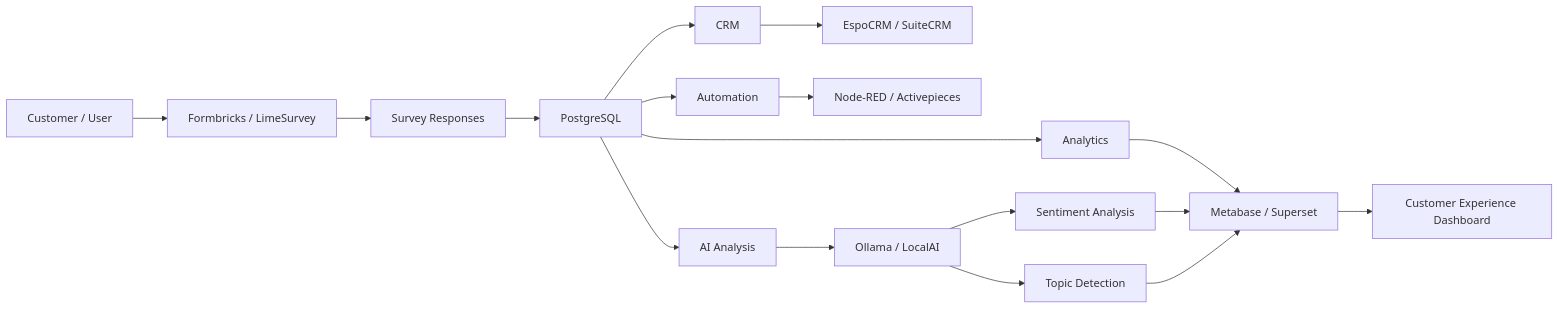
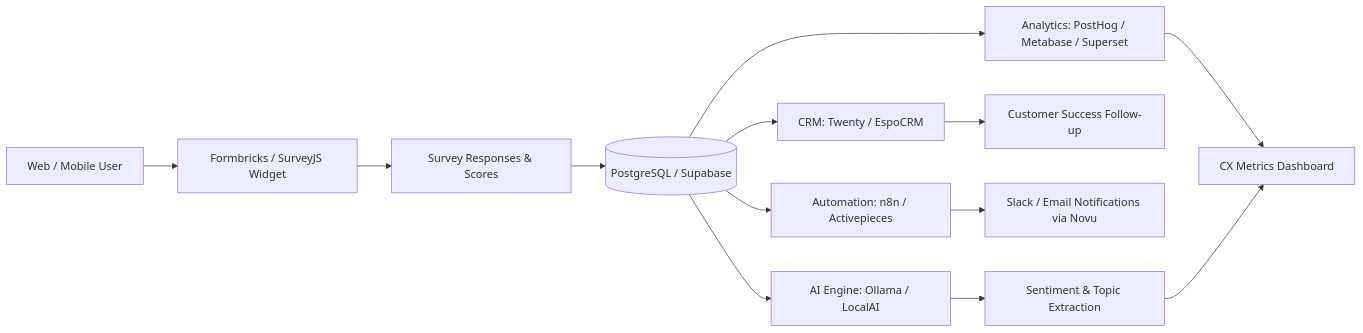
The second of 2 diagrams in README.md (ishandutta2007/Awesome-Net-Promoter-Score-Platform), drawn with Mermaid before and after one commit. The commit also changed other lines of this file and 1 other file, not shown here.

Commit message:
Enhance README with SaaS valuation sorting, market analysis, open source star badges, dynamic SVG banner, SEO and star history

````diff
--- a/README.md
+++ b/README.md
@@ -610,51 +371,19 @@
 ```mermaid
+flowchart LR
+    A[Web / Mobile User] --> B[Formbricks / SurveyJS Widget]
 
-flowchart LR
+    B --> C[Survey Responses & Scores]
+    C --> D[(PostgreSQL / Supabase)]
 
-    A[Customer / User] --> B[Formbricks / LimeSurvey]
+    D --> E[CRM: Twenty / EspoCRM]
+    D --> F[Analytics: PostHog / Metabase / Superset]
+    D --> G[Automation: n8n / Activepieces]
 
+    E --> H[Customer Success Follow-up]
+    F --> I[CX Metrics Dashboard]
+    G --> J[Slack / Email Notifications via Novu]
 
-
-    B --> C[Survey Responses]
-
-    C --> D[PostgreSQL]
-
-
-
-    D --> E[CRM]
-
-    D --> F[Analytics]
-
-    D --> G[Automation]
-
-
-
-    E --> H[EspoCRM / SuiteCRM]
-
-    F --> I[Metabase / Superset]
-
-    G --> J[Node-RED / Activepieces]
-
-
-
-    D --> K[AI Analysis]
-
-    K --> L[Ollama / LocalAI]
-
-
-
-    L --> M[Sentiment Analysis]
-
-    L --> N[Topic Detection]
-
-
-
-    M --> I
-
-    N --> I
-
-
-
-    I --> O[Customer Experience Dashboard]
-
+    D --> K[AI Engine: Ollama / LocalAI]
+    K --> L[Sentiment & Topic Extraction]
+    L --> I
 ```
````
